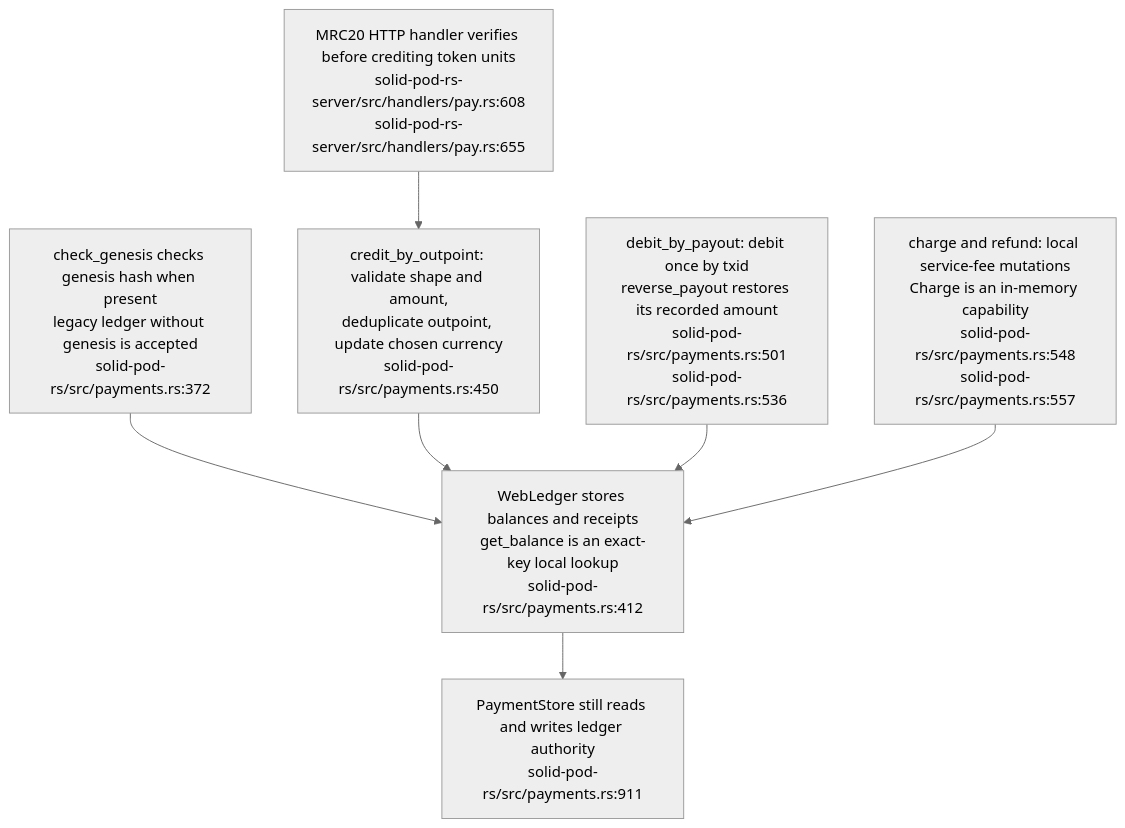
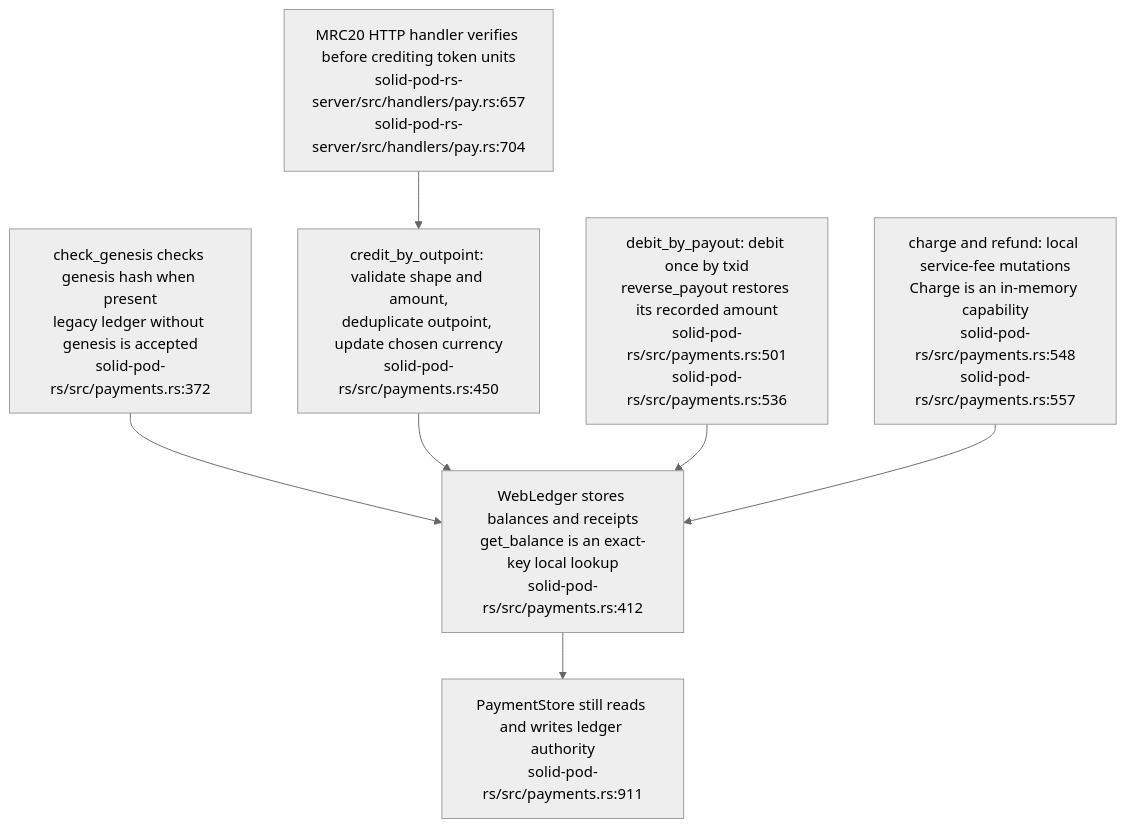
Before and after one commit to DreamLab-AI/VisionFlow: diagram 12 of 19 in docs/diagrams/solid-pod-rs/07-provenance-and-payments.md, drawn with Mermaid (neutral theme). The commit also changed other lines of this file and 59 other files, not shown here.

First line of the commit message:
docs(diagrams): re-derive and re-stamp forum, website, pod, ontomark and sealmap topics

````diff
--- a/docs/diagrams/solid-pod-rs/07-provenance-and-payments.md
+++ b/docs/diagrams/solid-pod-rs/07-provenance-and-payments.md
@@ -348,15 +348,15 @@
 ```mermaid
 flowchart TD
     LEDGER["WebLedger stores balances and receipts<br/>get_balance is an exact-key local lookup<br/>solid-pod-rs/src/payments.rs:412"]
     ID["check_genesis checks genesis hash when present<br/>legacy ledger without genesis is accepted<br/>solid-pod-rs/src/payments.rs:372"]
     CREDIT["credit_by_outpoint: validate shape and amount,<br/>deduplicate outpoint, update chosen currency<br/>solid-pod-rs/src/payments.rs:450"]
     PAYOUT["debit_by_payout: debit once by txid<br/>reverse_payout restores its recorded amount<br/>solid-pod-rs/src/payments.rs:501<br/>solid-pod-rs/src/payments.rs:536"]
     CHARGE["charge and refund: local service-fee mutations<br/>Charge is an in-memory capability<br/>solid-pod-rs/src/payments.rs:548<br/>solid-pod-rs/src/payments.rs:557"]
     STORE["PaymentStore still reads and writes ledger authority<br/>solid-pod-rs/src/payments.rs:911"]
-    VERIFY["MRC20 HTTP handler verifies before crediting token units<br/>solid-pod-rs-server/src/handlers/pay.rs:608<br/>solid-pod-rs-server/src/handlers/pay.rs:655"]
+    VERIFY["MRC20 HTTP handler verifies before crediting token units<br/>solid-pod-rs-server/src/handlers/pay.rs:657<br/>solid-pod-rs-server/src/handlers/pay.rs:704"]
     ID --> LEDGER
     VERIFY --> CREDIT --> LEDGER
     PAYOUT --> LEDGER
     CHARGE --> LEDGER
     LEDGER --> STORE
 ```
````
